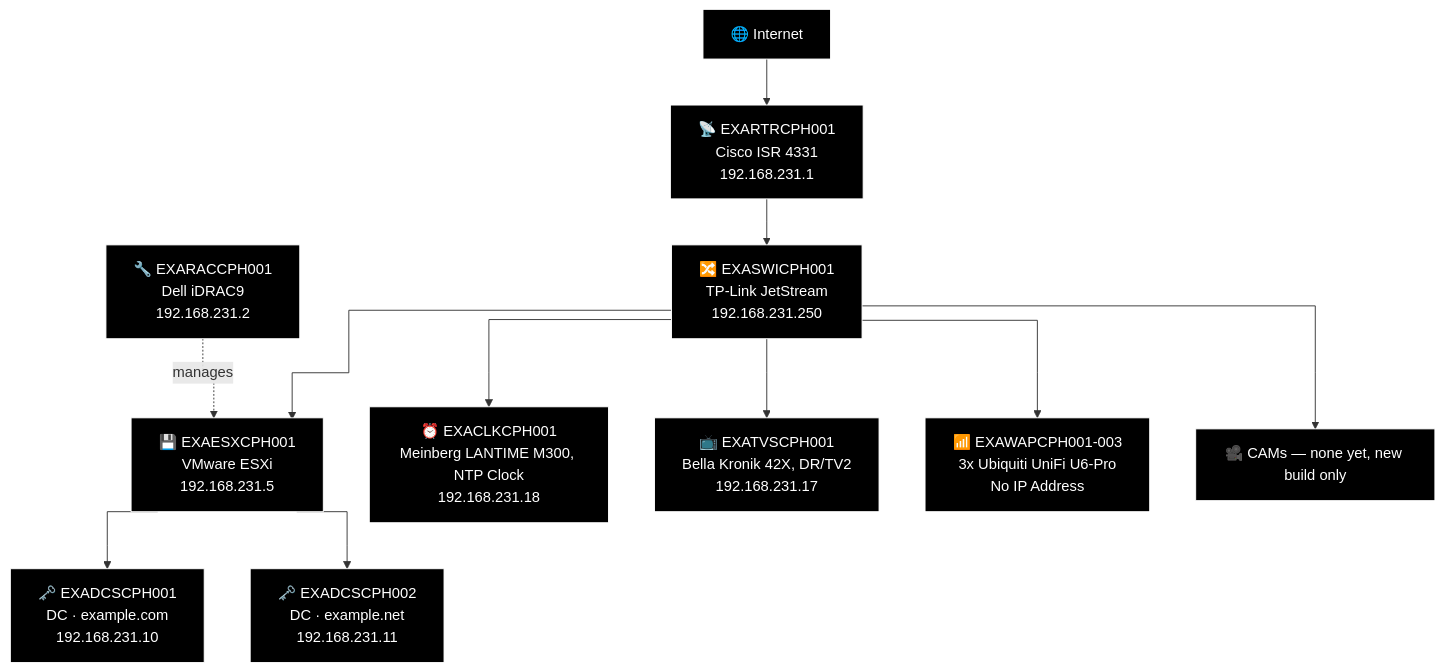
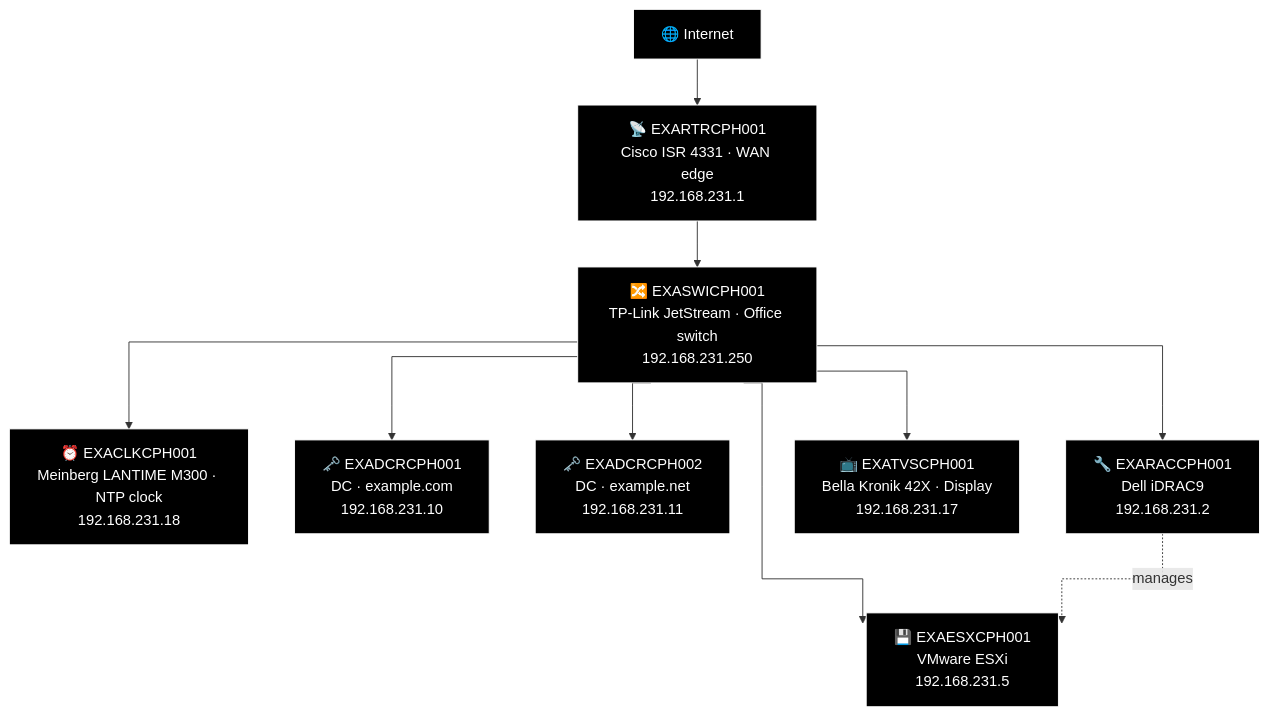
The first of 23 diagrams in docs/network-diagram/danmark.md (knightmare2600/example_music_infra), drawn with Mermaid before and after one commit. The commit also changed other lines of this file and 8 other files, not shown here.

````diff
--- a/docs/network-diagram/danmark.md
+++ b/docs/network-diagram/danmark.md
@@ -24,39 +24,34 @@
 ```mermaid
+%% GENERATED:OLDNETWORK:CPH:START
 %%{init: {'flowchart': {'curve': 'stepAfter'}}}%%
 graph TD
     O_INET["🌐 Internet"]
-    O_RTR["📡 EXARTRCPH001<br/>Cisco ISR 4331<br/>192.168.231.1"]
+    O_RTR["📡 EXARTRCPH001<br/>Cisco ISR 4331 · WAN edge<br/>192.168.231.1"]
+    O_SWI["🔀 EXASWICPH001<br/>TP-Link JetStream · Office switch<br/>192.168.231.250"]
+    O_CLK["⏰ EXACLKCPH001<br/>Meinberg LANTIME M300 · NTP clock<br/>192.168.231.18"]
+    O_DCR1["🗝️ EXADCRCPH001<br/>DC · example.com<br/>192.168.231.10"]
+    O_DCR2["🗝️ EXADCRCPH002<br/>DC · example.net<br/>192.168.231.11"]
+    O_ESX["💾 EXAESXCPH001<br/>VMware ESXi<br/>192.168.231.5"]
+    O_RAC["🔧 EXARACCPH001<br/>Dell iDRAC9<br/>192.168.231.2"]
+    O_TVS["📺 EXATVSCPH001<br/>Bella Kronik 42X · Display<br/>192.168.231.17"]
     O_INET --> O_RTR
-    O_SW["🔀 EXASWICPH001<br/>TP-Link JetStream<br/>192.168.231.250"]
-    O_RTR --> O_SW
-
-    O_RAC["🔧 EXARACCPH001<br/>Dell iDRAC9<br/>192.168.231.2"]
-    O_ESX["💾 EXAESXCPH001<br/>VMware ESXi<br/>192.168.231.5"]
-    O_DC1["🗝️ EXADCSCPH001<br/>DC · example.com<br/>192.168.231.10"]
-    O_DC2["🗝️ EXADCSCPH002<br/>DC · example.net<br/>192.168.231.11"]
-    O_SW --> O_ESX
+    O_RTR --> O_SWI
+    O_SWI --> O_CLK
+    O_SWI --> O_DCR1
+    O_SWI --> O_DCR2
+    O_SWI --> O_ESX
+    O_SWI --> O_RAC
     O_RAC -.->|"manages"| O_ESX
-    O_ESX --> O_DC1
-    O_ESX --> O_DC2
-
-    O_NTP["⏰ EXACLKCPH001<br/>Meinberg LANTIME M300, NTP Clock<br/>192.168.231.18"]
-    O_TV["📺 EXATVSCPH001<br/>Bella Kronik 42X, DR/TV2<br/>192.168.231.17"]
-    O_WAP["📶 EXAWAPCPH001-003<br/>3x Ubiquiti UniFi U6-Pro<br/>No IP Address"]
-    O_CAM["🎥 CAMs — none yet, new build only"]
-    O_SW --> O_NTP
-    O_SW --> O_TV
-    O_SW --> O_WAP
-    O_SW --> O_CAM
+    O_SWI --> O_TVS
 
     style O_INET fill:#000000,stroke:#FFFFFF,color:#FFFFFF
     style O_RTR fill:#000000,stroke:#FFFFFF,color:#FFFFFF
-    style O_SW fill:#000000,stroke:#FFFFFF,color:#FFFFFF
+    style O_SWI fill:#000000,stroke:#FFFFFF,color:#FFFFFF
+    style O_CLK fill:#000000,stroke:#FFFFFF,color:#FFFFFF
+    style O_DCR1 fill:#000000,stroke:#FFFFFF,color:#FFFFFF
+    style O_DCR2 fill:#000000,stroke:#FFFFFF,color:#FFFFFF
+    style O_ESX fill:#000000,stroke:#FFFFFF,color:#FFFFFF
     style O_RAC fill:#000000,stroke:#FFFFFF,color:#FFFFFF
-    style O_ESX fill:#000000,stroke:#FFFFFF,color:#FFFFFF
-    style O_DC1 fill:#000000,stroke:#FFFFFF,color:#FFFFFF
-    style O_DC2 fill:#000000,stroke:#FFFFFF,color:#FFFFFF
-    style O_NTP fill:#000000,stroke:#FFFFFF,color:#FFFFFF
-    style O_TV fill:#000000,stroke:#FFFFFF,color:#FFFFFF
-    style O_WAP fill:#000000,stroke:#FFFFFF,color:#FFFFFF
-    style O_CAM fill:#000000,stroke:#FFFFFF,color:#FFFFFF
+    style O_TVS fill:#000000,stroke:#FFFFFF,color:#FFFFFF
+%% GENERATED:OLDNETWORK:CPH:END
 ```
````
